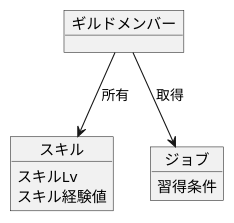
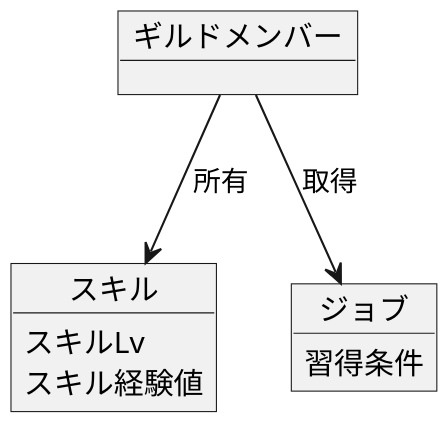
The second of 2 diagrams in design/overview.puml.md (44x1carbon/oic-rpg-doc), drawn with PlantUML before and after one commit. The commit also changed other lines of this file, not shown here.

Commit message:
図のサイズを変更

````diff
--- a/design/overview.puml.md
+++ b/design/overview.puml.md
@@ -37,18 +38,19 @@
 ```uml
 @startuml
+scale 2
 
 object ギルドメンバー {
 }
 object スキル {
     スキルLv
     スキル経験値
 }
 object ジョブ {
     習得条件
 }
 
 ギルドメンバー --> スキル: 所有
 ギルドメンバー --> ジョブ: 取得
 
 @enduml
 ```
````
